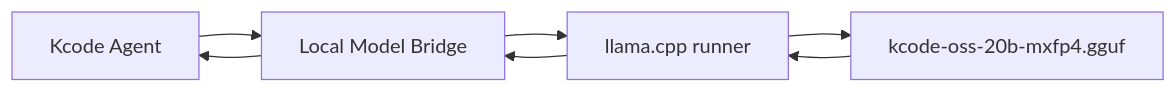
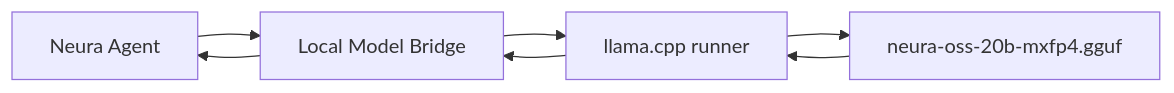
One commit to icedmoca/neura changed the ninth of 26 diagrams in docs/ABOUT.md. Above: the diagram before and after it, drawn with Mermaid. The commit also changed other lines of this file and 562 other files, not shown here.

Commit message:
Rename Kcode to Neura

````diff
--- a/docs/ABOUT.md
+++ b/docs/ABOUT.md
@@ -341,9 +341,9 @@
 ```mermaid
 flowchart LR
-    A[Kcode Agent] --> Bridge[Local Model Bridge]
+    A[Neura Agent] --> Bridge[Local Model Bridge]
     Bridge --> Runner[llama.cpp runner]
-    Runner --> GGUF[kcode-oss-20b-mxfp4.gguf]
+    Runner --> GGUF[neura-oss-20b-mxfp4.gguf]
     GGUF --> Runner
     Runner --> Bridge
     Bridge --> A
 ```
````
